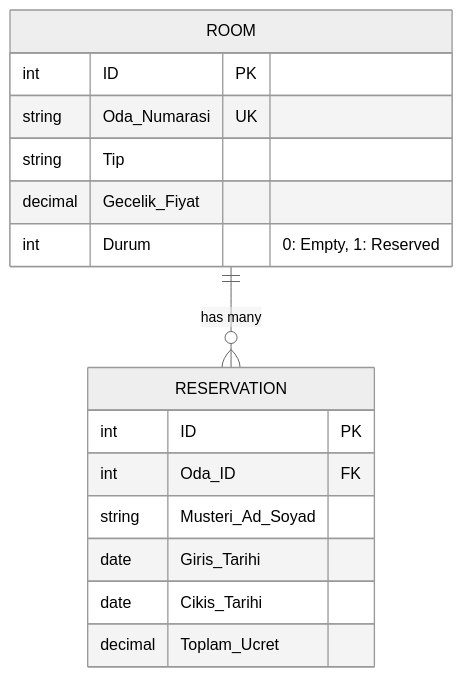
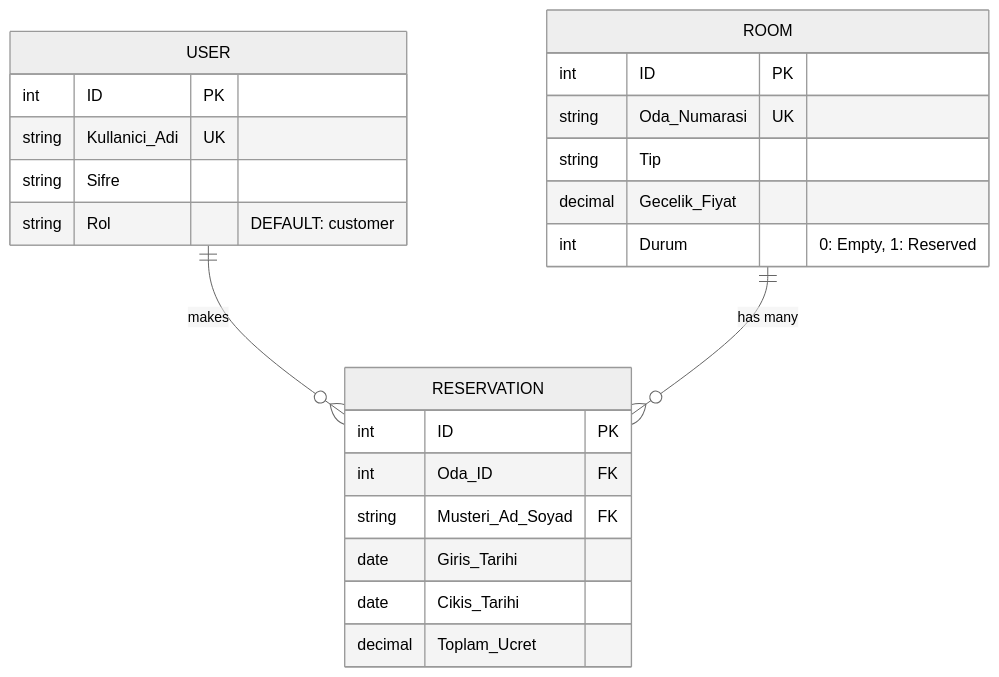
One commit to Fatih-Atess/Hotel_Management_System changed the second of 2 diagrams in README.md. Above: the diagram before and after it, drawn with Mermaid (neutral theme). The commit also changed other lines of this file, not shown here.

````diff
--- a/README.md
+++ b/README.md
@@ -83,19 +114,26 @@
 ```mermaid
 erDiagram
+    USER {
+        int ID PK
+        string Kullanici_Adi UK
+        string Sifre
+        string Rol "DEFAULT: customer"
+    }
     ROOM {
         int ID PK
         string Oda_Numarasi UK
         string Tip
         decimal Gecelik_Fiyat
         int Durum "0: Empty, 1: Reserved"
     }
     RESERVATION {
         int ID PK
         int Oda_ID FK
-        string Musteri_Ad_Soyad
+        string Musteri_Ad_Soyad FK
         date Giris_Tarihi
         date Cikis_Tarihi
         decimal Toplam_Ucret
     }
+    USER ||--o{ RESERVATION : "makes"
     ROOM ||--o{ RESERVATION : "has many"
 ```
````
